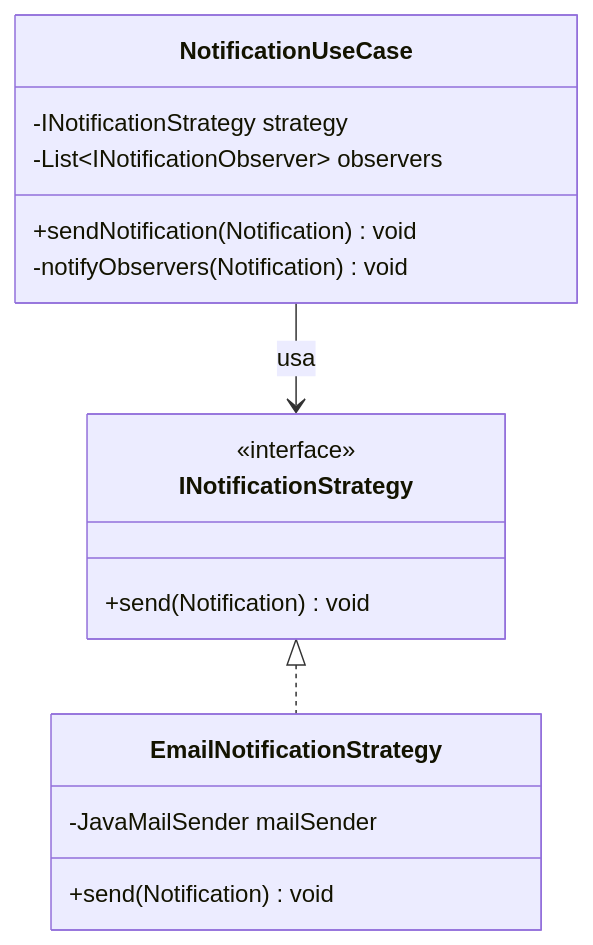
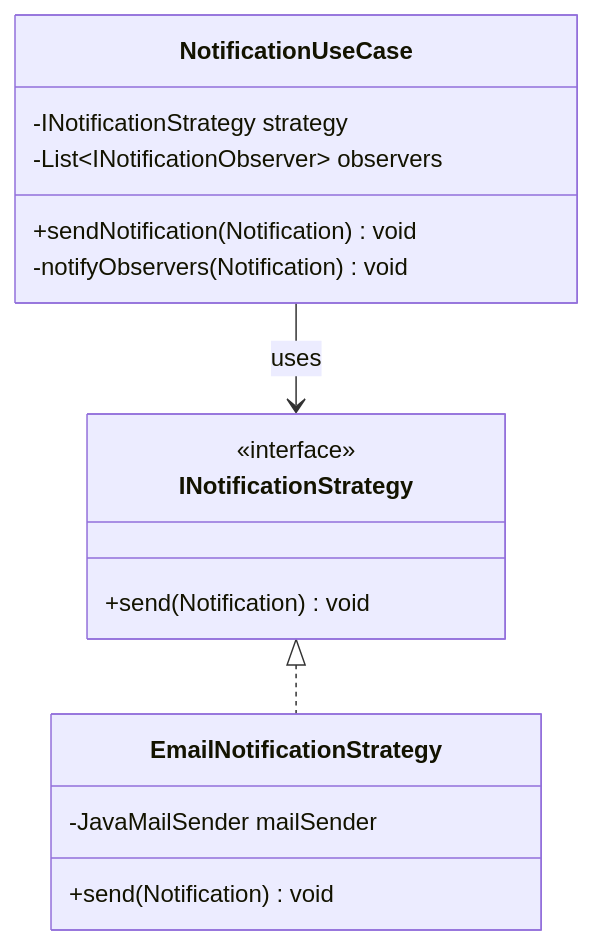
The second of 7 diagrams in docs/README.md (Jhonatan-Gutemberg/NotifyHub), drawn with Mermaid before and after one commit. The commit also changed other lines of this file, not shown here.

````diff
--- a/docs/README.md
+++ b/docs/README.md
@@ -83,22 +83,22 @@
 ```mermaid
 classDiagram
     class INotificationStrategy {
         <<interface>>
         +send(Notification) void
     }
     
     class EmailNotificationStrategy {
         -JavaMailSender mailSender
         +send(Notification) void
     }
     
     class NotificationUseCase {
         -INotificationStrategy strategy
         -List~INotificationObserver~ observers
         +sendNotification(Notification) void
         -notifyObservers(Notification) void
     }
     
     INotificationStrategy <|.. EmailNotificationStrategy
-    NotificationUseCase --> INotificationStrategy : usa
+    NotificationUseCase --> INotificationStrategy : uses
 ```
````
